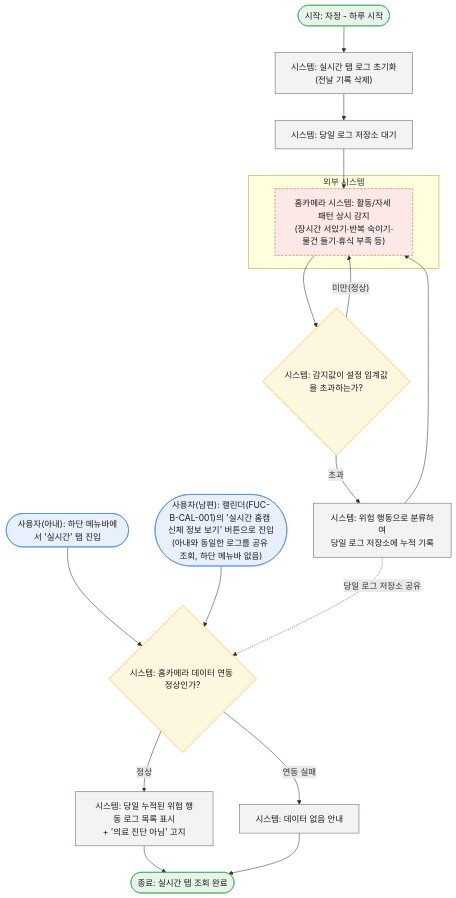
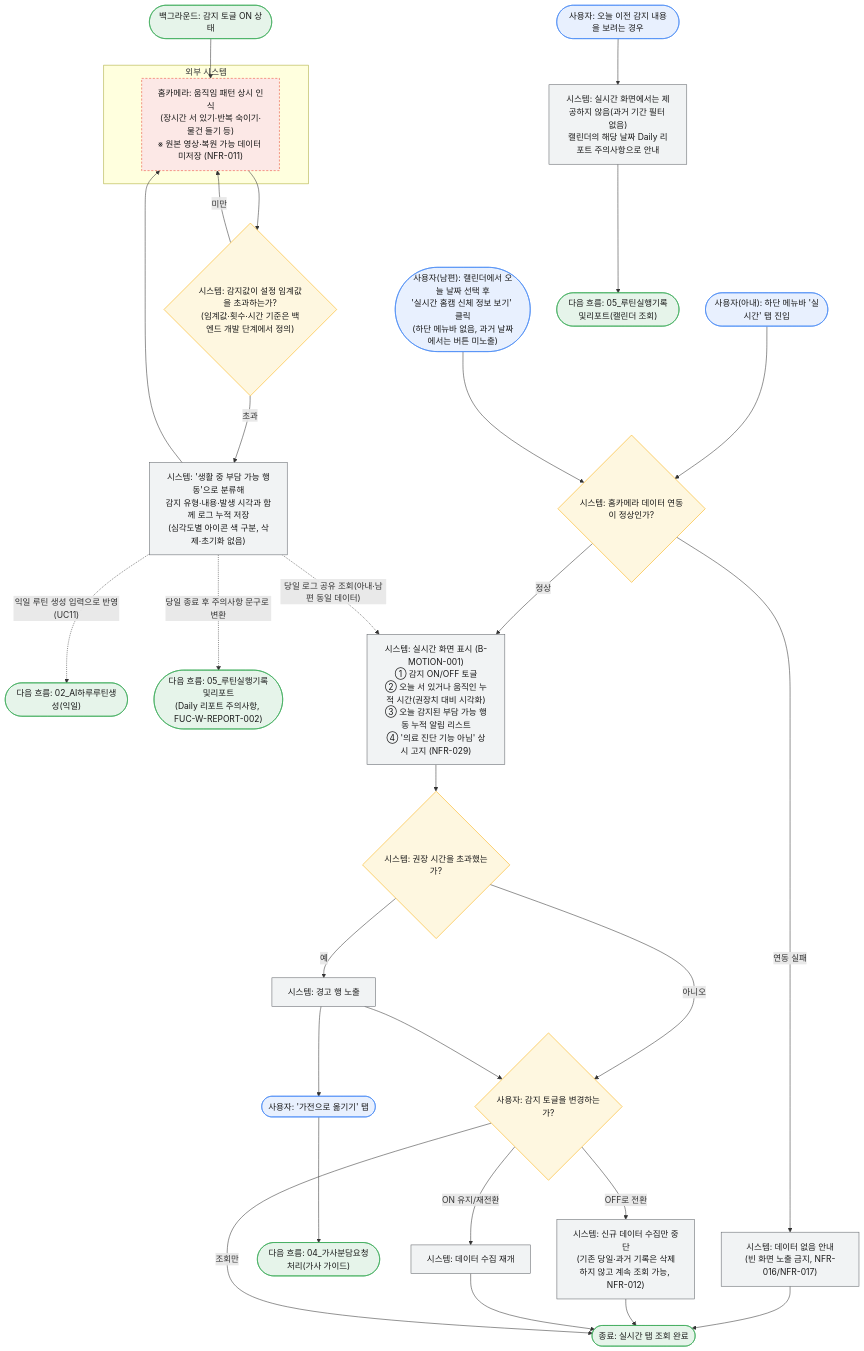
The diagram in docs/서비스흐름도/08_실시간탭위험행동로그.mmd (lgdxDORAEMI/PLM), drawn with Mermaid before and after one commit. The commit also changed 10 other files, not shown here.

First line of the commit message:
서비스 흐름도 업데이트: 남편 오전 리포트 및 알림, 수면 가이드, 실시간 탭, 건강 가이드 추가

```diff
--- a/docs/서비스흐름도/08_실시간탭위험행동로그.mmd
+++ b/docs/서비스흐름도/08_실시간탭위험행동로그.mmd
@@ -1,36 +1,59 @@
-%% 서비스 흐름도: 실시간 탭 - 위험 행동 로그 (홈카메라 모션 모니터링)
-%% 관련 기능: FUC-B-MOTION-001 / 관련 UC: UC13 (Phase 2, MVP 제외)
-%% 특징: 임계값 초과 상황만 위험 행동으로 분류해 로그 기록, 하루 동안의 기록만 유지(자정 초기화)
-%% 진입 경로 차이: 아내는 하단 메뉴바 '실시간' 탭으로만 진입. 남편은 하단 메뉴바가 없어
-%%                컨디션 캘린더(FUC-B-CAL-001) 화면의 '실시간 홈캠 신체 정보 보기' 버튼으로만 진입한다.
+%% 서비스 흐름도: 실시간 탭 — 홈카메라 활동 감지 및 누적 알림
+%% 관련 기능: FUC-B-MOTION-001, FUC-W-REPORT-002(과거 날짜는 Daily 리포트 주의사항으로 조회), FUC-B-CAL-001
+%% 관련 UC: UC13 / **Phase 1(MVP) 포함** — 하단 4탭(홈·실시간·챗봇·캘린더) 구조상 '실시간' 탭이 상시 노출되므로 비우거나 숨길 수 없다.
+%% 핵심 규칙:
+%%   - 표시 범위는 **오늘 발생한 감지 내용으로만 한정**한다. 다만 **로그 데이터 자체를 삭제·초기화하지 않는다**(자정 초기화 없음).
+%%     오늘 이전의 감지 내용은 캘린더(FUC-B-CAL-001)의 해당 날짜 Daily 리포트에서 주의사항 형태로 조회한다.
+%%   - 감지 ON/OFF 토글은 **데이터 수집 여부만** 제어한다. OFF 시 신규 감지만 중단되고 기존 당일·과거 기록은 그대로 조회 가능하다(NFR-012).
+%%   - 금지 항목: 기록 삭제, 확인 처리, 읽음/미읽음 처리, 개별 상태 변경, 과거 기간 필터(최근·전체·과거 날짜 선택).
+%%   - 원본 영상은 저장하지 않고 움직임 패턴만 인식한다(NFR-011). "의료 진단 기능 아님"을 화면에 상시 고지한다(NFR-029).
+%%   - 감지 임계값·횟수·시간 기준 등 상세 수치는 백엔드 감지 로직 개발 단계에서 정의한다(MVP 미확정).
+%%   - 감지 결과는 당일 루틴에 즉시 반영하지 않고 **익일 루틴 생성(UC11)** 에 반영한다.
+%%   - 진입 경로: 아내 = 하단 메뉴바 '실시간' 탭 / 남편 = 캘린더(오늘 날짜 선택 시에만 노출되는) '실시간 홈캠 신체 정보 보기' 버튼.
 flowchart TD
     classDef user fill:#E8F0FE,stroke:#4285F4,color:#1a1a1a;
     classDef system fill:#F1F3F4,stroke:#5f6368,color:#1a1a1a;
     classDef decision fill:#FEF7E0,stroke:#F9AB00,color:#1a1a1a;
     classDef terminal fill:#E6F4EA,stroke:#34A853,color:#1a1a1a;
     classDef external fill:#FCE8E6,stroke:#EA4335,color:#1a1a1a,stroke-dasharray: 4 3;
 
-    Start(["시작: 자정 - 하루 시작"]):::terminal --> R["시스템: 실시간 탭 로그 초기화<br/>(전날 기록 삭제)"]:::system
-    R --> Loop["시스템: 당일 로그 저장소 대기"]:::system
+    %% ── 백그라운드: 감지 및 누적 ─────────────────────────────
+    BG(["백그라운드: 감지 토글 ON 상태"]):::terminal --> Cam
 
     subgraph EXT["외부 시스템"]
-        Cam["홈카메라 시스템: 활동/자세 패턴 상시 감지<br/>(장시간 서있기·반복 숙이기·물건 들기·휴식 부족 등)"]:::external
+        Cam["홈카메라: 움직임 패턴 상시 인식<br/>(장시간 서 있기·반복 숙이기·물건 들기 등)<br/>※ 원본 영상·복원 가능 데이터 미저장 (NFR-011)"]:::external
     end
 
-    Loop --> Cam
-    Cam --> D{"시스템: 감지값이 설정 임계값을 초과하는가?"}:::decision
-    D -- 미만(정상) --> Cam
-    D -- 초과 --> L["시스템: 위험 행동으로 분류하여<br/>당일 로그 저장소에 누적 기록"]:::system
+    Cam --> D{"시스템: 감지값이 설정 임계값을 초과하는가?<br/>(임계값·횟수·시간 기준은 백엔드 개발 단계에서 정의)"}:::decision
+    D -- "미만" --> Cam
+    D -- "초과" --> L["시스템: '생활 중 부담 가능 행동'으로 분류해<br/>감지 유형·내용·발생 시각과 함께 로그 누적 저장<br/>(심각도별 아이콘 색 구분, 삭제·초기화 없음)"]:::system
     L --> Cam
+    L -.익일 루틴 생성 입력으로 반영(UC11).-> NextDay(["다음 흐름: 02_AI하루루틴생성(익일)"]):::terminal
+    L -.당일 종료 후 주의사항 문구로 변환.-> Rep(["다음 흐름: 05_루틴실행기록및리포트<br/>(Daily 리포트 주의사항, FUC-W-REPORT-002)"]):::terminal
 
-    U_W(["사용자(아내): 하단 메뉴바에서 '실시간' 탭 진입"]):::user
-    U_H(["사용자(남편): 캘린더(FUC-B-CAL-001)의 '실시간 홈캠 신체 정보 보기' 버튼으로 진입<br/>(아내와 동일한 로그를 공유 조회, 하단 메뉴바 없음)"]):::user
-    U_W --> V{"시스템: 홈카메라 데이터 연동 정상인가?"}:::decision
-    U_H --> V
-    V -- 정상 --> W["시스템: 당일 누적된 위험 행동 로그 목록 표시<br/>+ '의료 진단 아님' 고지"]:::system
-    V -- 연동 실패 --> X["시스템: 데이터 없음 안내"]:::system
+    %% ── 조회 ─────────────────────────────
+    U_W(["사용자(아내): 하단 메뉴바 '실시간' 탭 진입"]):::user --> V
+    U_H(["사용자(남편): 캘린더에서 오늘 날짜 선택 후<br/>'실시간 홈캠 신체 정보 보기' 클릭<br/>(하단 메뉴바 없음, 과거 날짜에서는 버튼 미노출)"]):::user --> V
 
-    L -.당일 로그 저장소 공유.-> V
+    V{"시스템: 홈카메라 데이터 연동이 정상인가?"}:::decision
+    V -- "연동 실패" --> X["시스템: 데이터 없음 안내<br/>(빈 화면 노출 금지, NFR-016/NFR-017)"]:::system
+    X --> End(["종료: 실시간 탭 조회 완료"]):::terminal
 
-    W --> End(["종료: 실시간 탭 조회 완료"]):::terminal
-    X --> End
+    V -- "정상" --> W["시스템: 실시간 화면 표시 (B-MOTION-001)<br/>① 감지 ON/OFF 토글<br/>② 오늘 서 있거나 움직인 누적 시간(권장치 대비 시각화)<br/>③ 오늘 감지된 부담 가능 행동 누적 알림 리스트<br/>④ '의료 진단 기능 아님' 상시 고지 (NFR-029)"]:::system
+    L -.당일 로그 공유 조회(아내·남편 동일 데이터).-> W
+
+    W --> Over{"시스템: 권장 시간을 초과했는가?"}:::decision
+    Over -- "예" --> Warn["시스템: 경고 행 노출"]:::system
+    Warn --> WarnU(["사용자: '가전으로 옮기기' 탭"]):::user
+    WarnU --> EndH(["다음 흐름: 04_가사분담요청처리(가사 가이드)"]):::terminal
+    Over -- "아니오" --> Act
+
+    Warn --> Act{"사용자: 감지 토글을 변경하는가?"}:::decision
+    Act -- "OFF로 전환" --> Off["시스템: 신규 데이터 수집만 중단<br/>(기존 당일·과거 기록은 삭제하지 않고 계속 조회 가능, NFR-012)"]:::system
+    Off --> End
+    Act -- "ON 유지/재전환" --> On["시스템: 데이터 수집 재개"]:::system
+    On --> End
+    Act -- "조회만" --> End
+
+    Past(["사용자: 오늘 이전 감지 내용을 보려는 경우"]):::user --> PastS["시스템: 실시간 화면에서는 제공하지 않음(과거 기간 필터 없음)<br/>캘린더의 해당 날짜 Daily 리포트 주의사항으로 안내"]:::system
+    PastS --> EndP(["다음 흐름: 05_루틴실행기록및리포트(캘린더 조회)"]):::terminal
```
